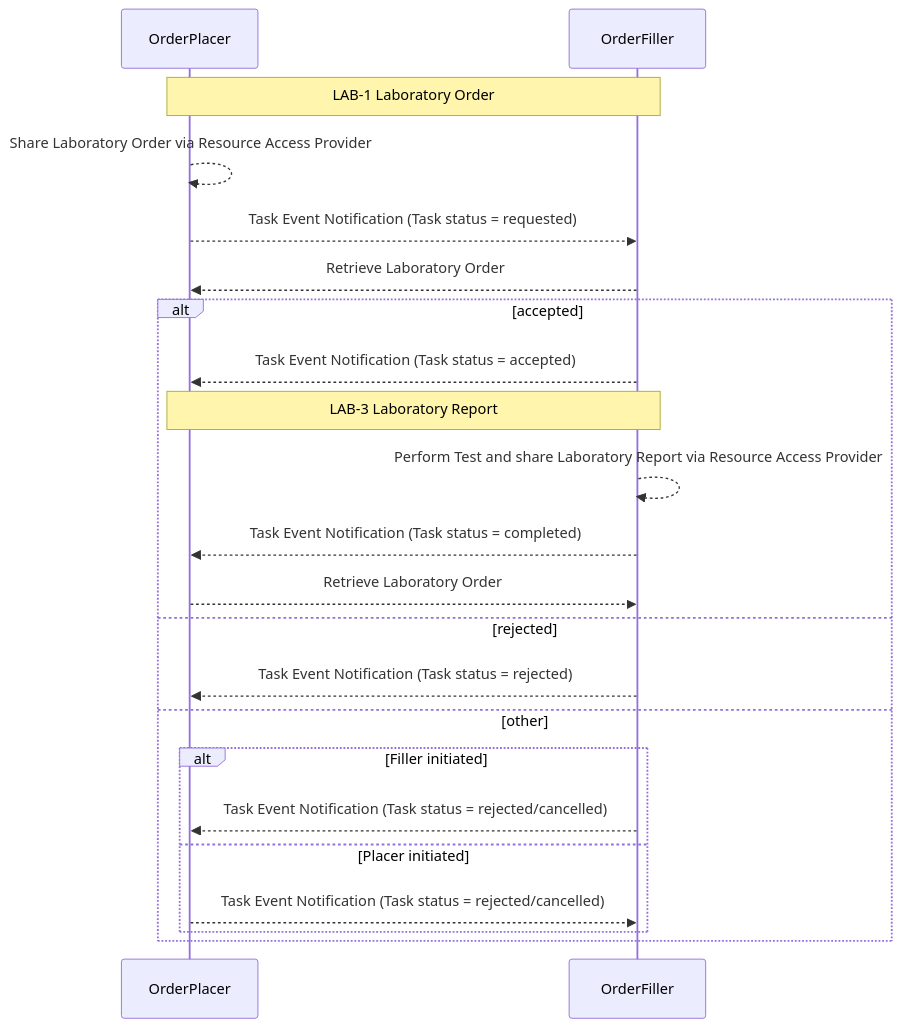
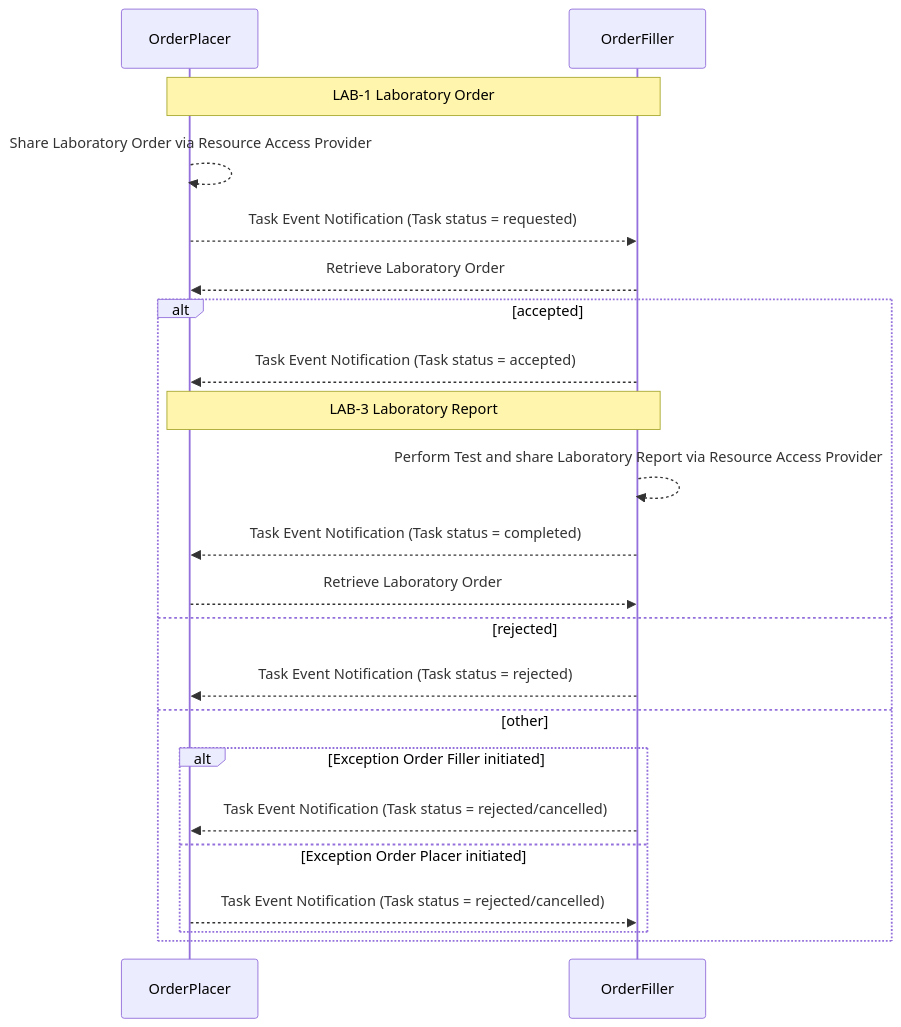
One commit to nw-gmsa/nw-gmsa.github.com changed the ninth of 9 diagrams in input/pagecontent/exchange.md. Above: the diagram before and after it, drawn with Mermaid.

Commit message:
Relaxed Specimen rule to allow 0..* identifiers

````diff
--- a/input/pagecontent/exchange.md
+++ b/input/pagecontent/exchange.md
@@ -216,34 +216,34 @@
 ```mermaid
 sequenceDiagram 
 
  
 
 participant OrderPlacer
 
 participant OrderFiller
 
 note over OrderPlacer,OrderFiller: LAB-1 Laboratory Order
 
 OrderPlacer -->> OrderPlacer: Share Laboratory Order via Resource Access Provider
 
 OrderPlacer -->> OrderFiller: Task Event Notification (Task status = requested) 
 
 OrderFiller -->> OrderPlacer: Retrieve Laboratory Order
 
 alt accepted
 OrderFiller -->> OrderPlacer: Task Event Notification (Task status = accepted) 
 note over OrderPlacer,OrderFiller: LAB-3 Laboratory Report
 OrderFiller -->> OrderFiller: Perform Test and share Laboratory Report via Resource Access Provider
 OrderFiller -->> OrderPlacer: Task Event Notification (Task status = completed) 
 OrderPlacer -->> OrderFiller: Retrieve Laboratory Order
 else rejected
 OrderFiller -->> OrderPlacer: Task Event Notification (Task status = rejected) 
 else other
-alt Filler initiated
+alt Exception Order Filler initiated
 OrderFiller -->> OrderPlacer: Task Event Notification (Task status = rejected/cancelled) 
-else Placer initiated
+else Exception Order Placer initiated
 OrderPlacer -->> OrderFiller: Task Event Notification (Task status = rejected/cancelled) 
 end
 end
 
 ```
````
